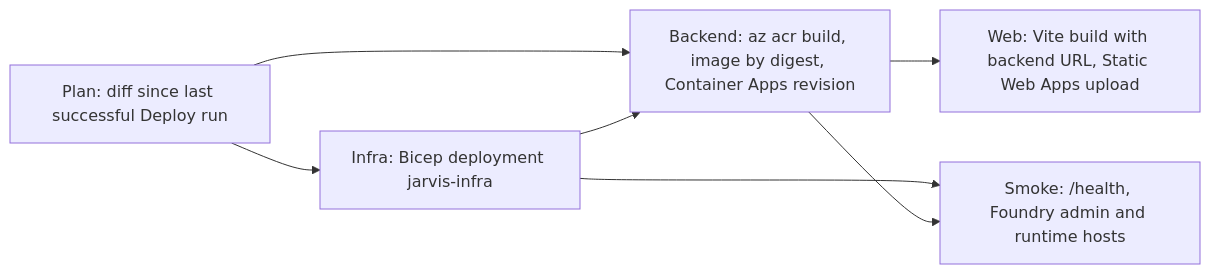
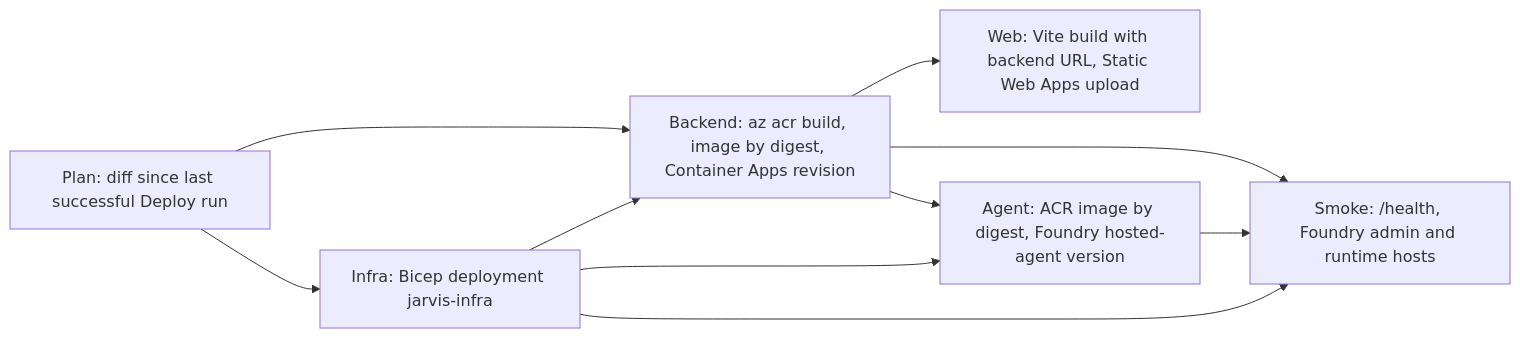
The fourth of 4 diagrams in docs/architecture.md (DanAakesen/jarvis), drawn with Mermaid before and after one commit. The commit also changed other lines of this file and 10 other files, not shown here.

````diff
--- a/docs/architecture.md
+++ b/docs/architecture.md
@@ -602,8 +602,11 @@
 ```mermaid
 flowchart LR
     P["Plan: diff since last successful Deploy run"] --> I["Infra: Bicep deployment jarvis-infra"]
     P --> B["Backend: az acr build, image by digest, Container Apps revision"]
     I --> B --> W["Web: Vite build with backend URL, Static Web Apps upload"]
-    I --> S["Smoke: /health, Foundry admin and runtime hosts"]
-    B --> S
+    B --> A["Agent: ACR image by digest, Foundry hosted-agent version"]
+    I --> A
+    B --> S["Smoke: /health, Foundry admin and runtime hosts"]
+    A --> S
+    I --> S
 ```
````
